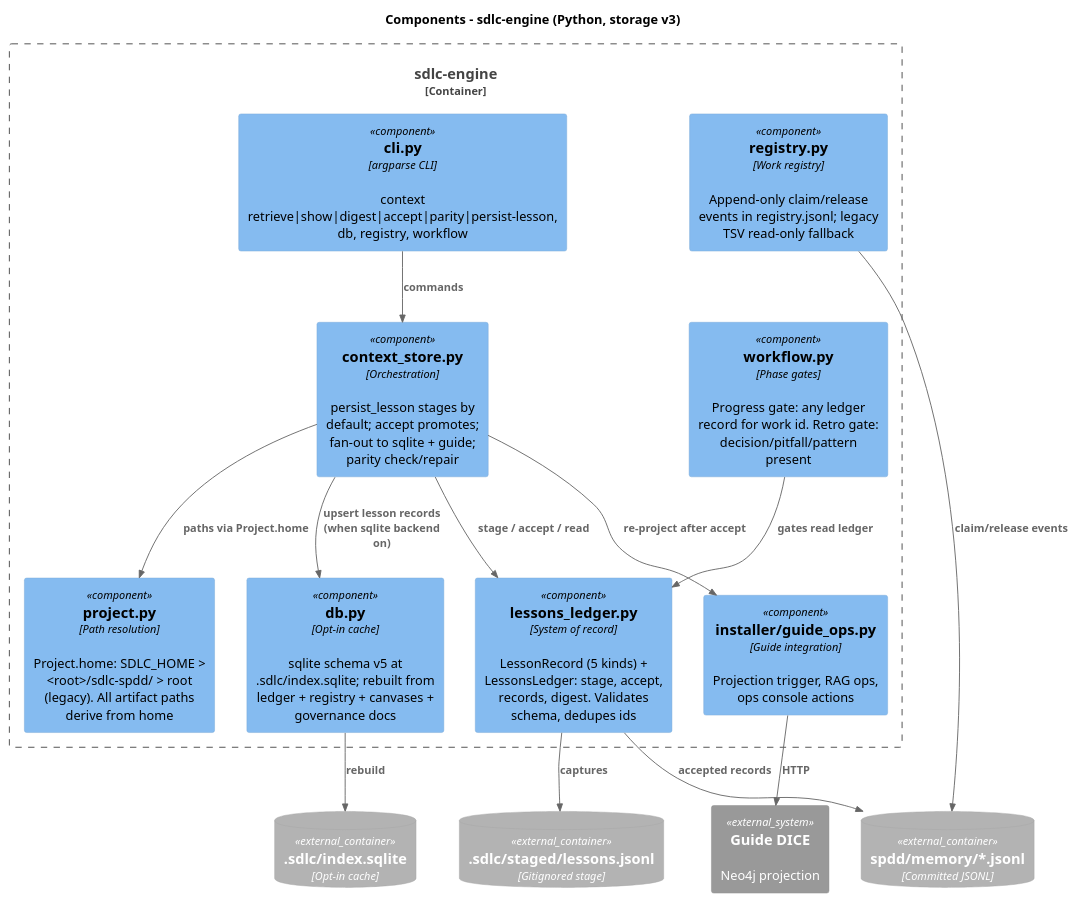
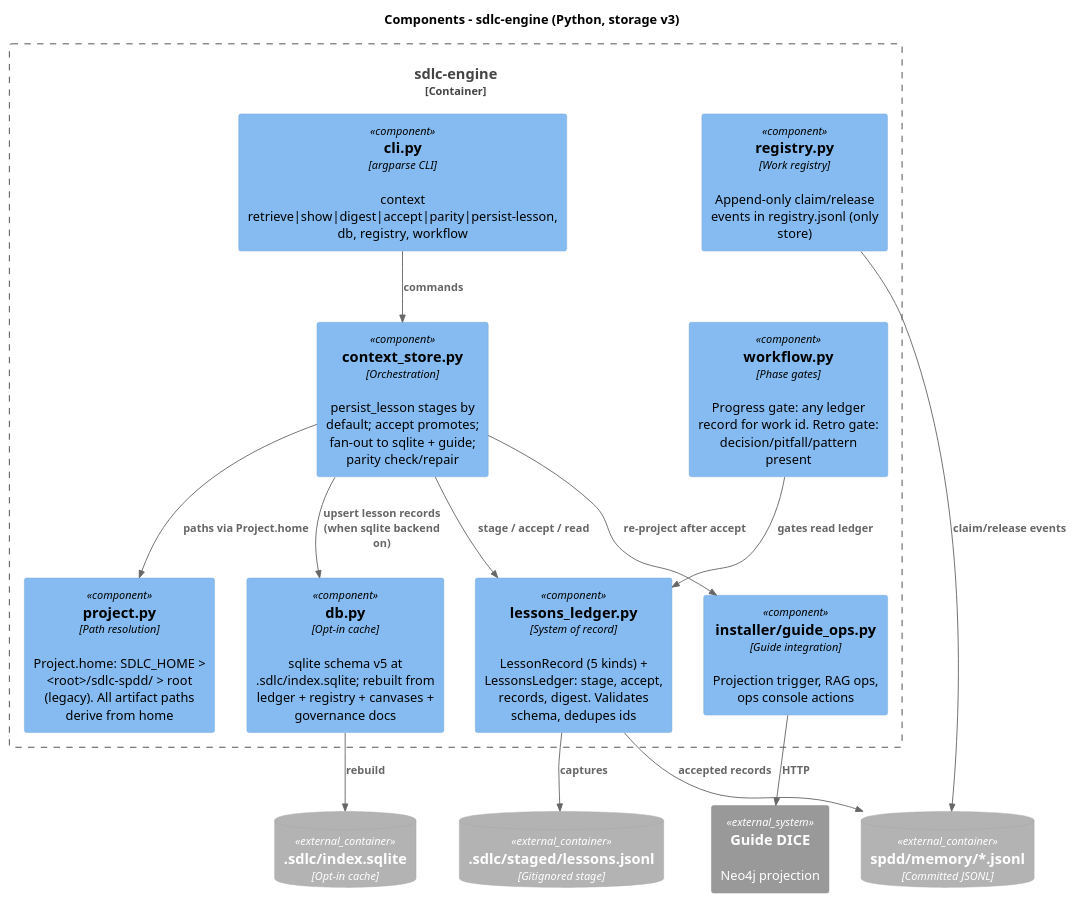
One commit to jmjava/sdlc-spdd-orchestrator changed the diagram in docs/diagrams/03-component-engine.puml. Above: the diagram before and after it, drawn with PlantUML. The commit also changed 7 other files, not shown here.

First line of the commit message:
REF-002 T04: registry reads registry.jsonl only.

```diff
--- a/docs/diagrams/03-component-engine.puml
+++ b/docs/diagrams/03-component-engine.puml
@@ -1,34 +1,34 @@
 @startuml 03-component-engine
 !include https://raw.githubusercontent.com/plantuml-stdlib/C4-PlantUML/master/C4_Component.puml
 
 title Components - sdlc-engine (Python, storage v3)
 
 Container_Boundary(engine, "sdlc-engine") {
     Component(cli, "cli.py", "argparse CLI", "context retrieve|show|digest|accept|parity|persist-lesson, db, registry, workflow")
     Component(project, "project.py", "Path resolution", "Project.home: SDLC_HOME > <root>/sdlc-spdd/ > root (legacy). All artifact paths derive from home")
     Component(ledgermod, "lessons_ledger.py", "System of record", "LessonRecord (5 kinds) + LessonsLedger: stage, accept, records, digest. Validates schema, dedupes ids")
     Component(store, "context_store.py", "Orchestration", "persist_lesson stages by default; accept promotes; fan-out to sqlite + guide; parity check/repair")
-    Component(registry, "registry.py", "Work registry", "Append-only claim/release events in registry.jsonl; legacy TSV read-only fallback")
+    Component(registry, "registry.py", "Work registry", "Append-only claim/release events in registry.jsonl (only store)")
     Component(db, "db.py", "Opt-in cache", "sqlite schema v5 at .sdlc/index.sqlite; rebuilt from ledger + registry + canvases + governance docs")
     Component(workflow, "workflow.py", "Phase gates", "Progress gate: any ledger record for work id. Retro gate: decision/pitfall/pattern present")
     Component(guideops, "installer/guide_ops.py", "Guide integration", "Projection trigger, RAG ops, ops console actions")
 }
 
 ContainerDb_Ext(ledger, "spdd/memory/*.jsonl", "Committed JSONL")
 ContainerDb_Ext(staged, ".sdlc/staged/lessons.jsonl", "Gitignored stage")
 ContainerDb_Ext(sqlite, ".sdlc/index.sqlite", "Opt-in cache")
 System_Ext(guide, "Guide DICE", "Neo4j projection")
 
 Rel(cli, store, "commands")
 Rel(store, ledgermod, "stage / accept / read")
 Rel(store, db, "upsert lesson records (when sqlite backend on)")
 Rel(store, guideops, "re-project after accept")
 Rel(ledgermod, staged, "captures")
 Rel(ledgermod, ledger, "accepted records")
 Rel(registry, ledger, "claim/release events")
 Rel(db, sqlite, "rebuild")
 Rel(guideops, guide, "HTTP")
 Rel(workflow, ledgermod, "gates read ledger")
 Rel(store, project, "paths via Project.home")
 
 @enduml
```
